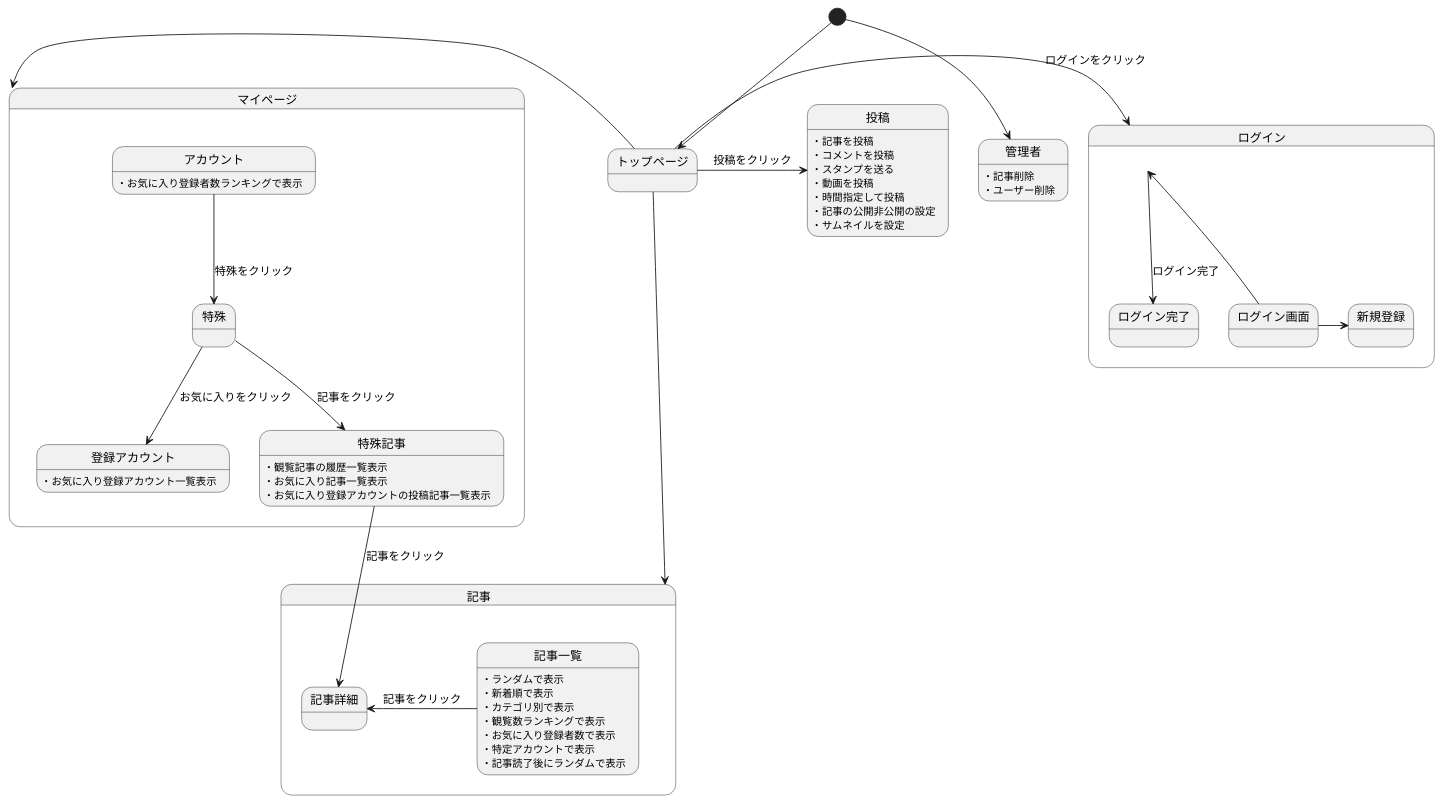
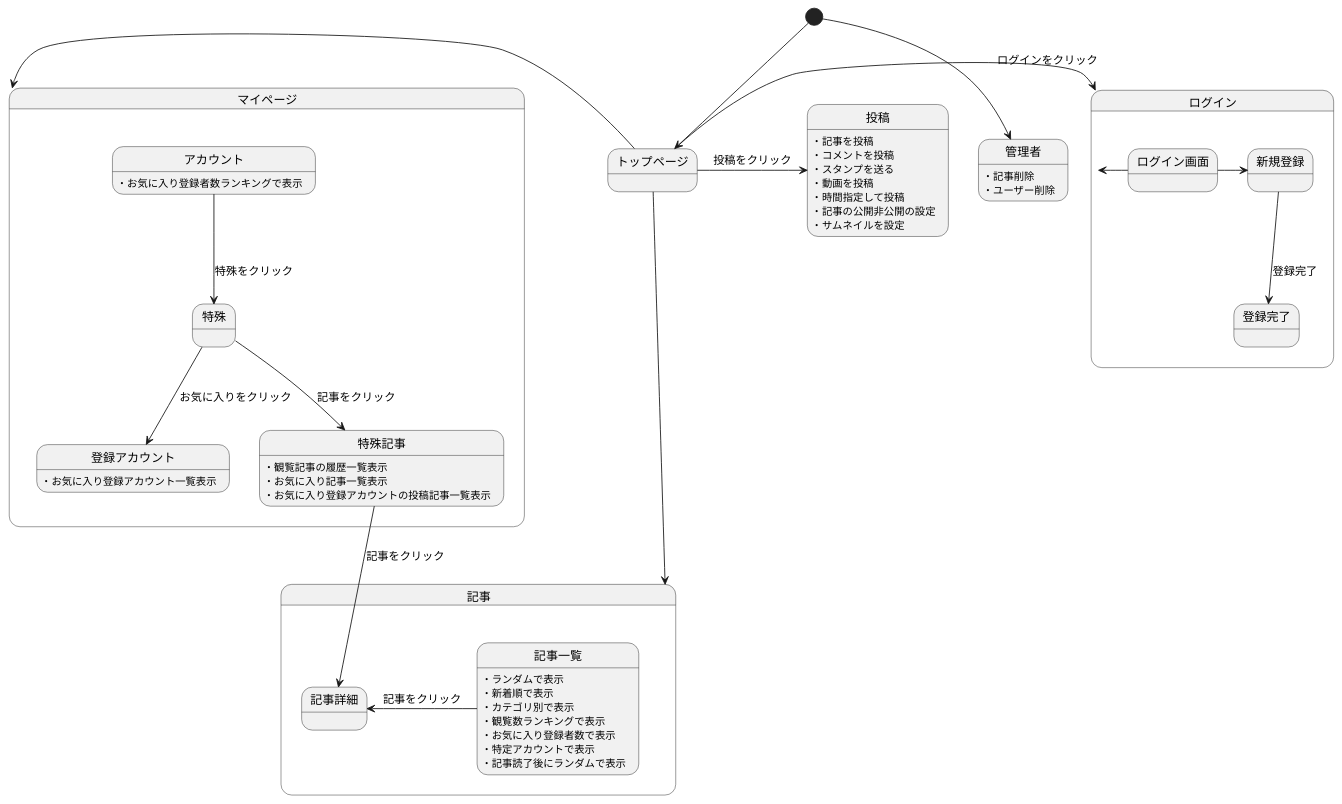
The diagram in 後期画面遷移.md (Aso2001001/2022System), drawn with PlantUML before and after one commit.

````diff
--- a/後期画面遷移.md
+++ b/後期画面遷移.md
@@ -1,64 +1,64 @@
 ```uml
 @startuml
 [*] --> トップページ
 
 
 トップページ -down-> 記事
 トップページ -left-> マイページ
 トップページ -> 投稿 : 投稿をクリック
 投稿:・記事を投稿
 投稿:・コメントを投稿
 投稿:・スタンプを送る
 投稿:・動画を投稿
 投稿:・時間指定して投稿
 投稿:・記事の公開非公開の設定
 投稿:・サムネイルを設定
 
 トップページ -> ログイン : ログインをクリック
 
 
 state ログイン{
 ログイン画面 -> ログイン
 ログイン画面 -> 新規登録
-ログイン -down-> ログイン完了 : ログイン完了
+新規登録 -down-> 登録完了 : 登録完了
 }
 
 
 state 記事{
 記事一覧 -left-> 記事詳細 : 記事をクリック
 
 
 記事一覧:・ランダムで表示
 記事一覧:・新着順で表示
 記事一覧:・カテゴリ別で表示
 記事一覧:・観覧数ランキングで表示
 記事一覧:・お気に入り登録者数で表示
 記事一覧:・特定アカウントで表示
 記事一覧:・記事読了後にランダムで表示
 
 }
 
 state マイページ{
 
 アカウント -down-> 特殊 : 特殊をクリック
 特殊 -down-> 登録アカウント :お気に入りをクリック
 特殊 -down-> 特殊記事 :記事をクリック
 特殊記事 -down-> 記事詳細 :記事をクリック
 
 アカウント:・お気に入り登録者数ランキングで表示
 
 特殊記事:・観覧記事の履歴一覧表示
 特殊記事:・お気に入り記事一覧表示
 登録アカウント:・お気に入り登録アカウント一覧表示
 特殊記事:・お気に入り登録アカウントの投稿記事一覧表示
 
 }
 
 
 [*] --> 管理者
 管理者:・記事削除
 管理者:・ユーザー削除
 
 
 @enduml
 ```
````
